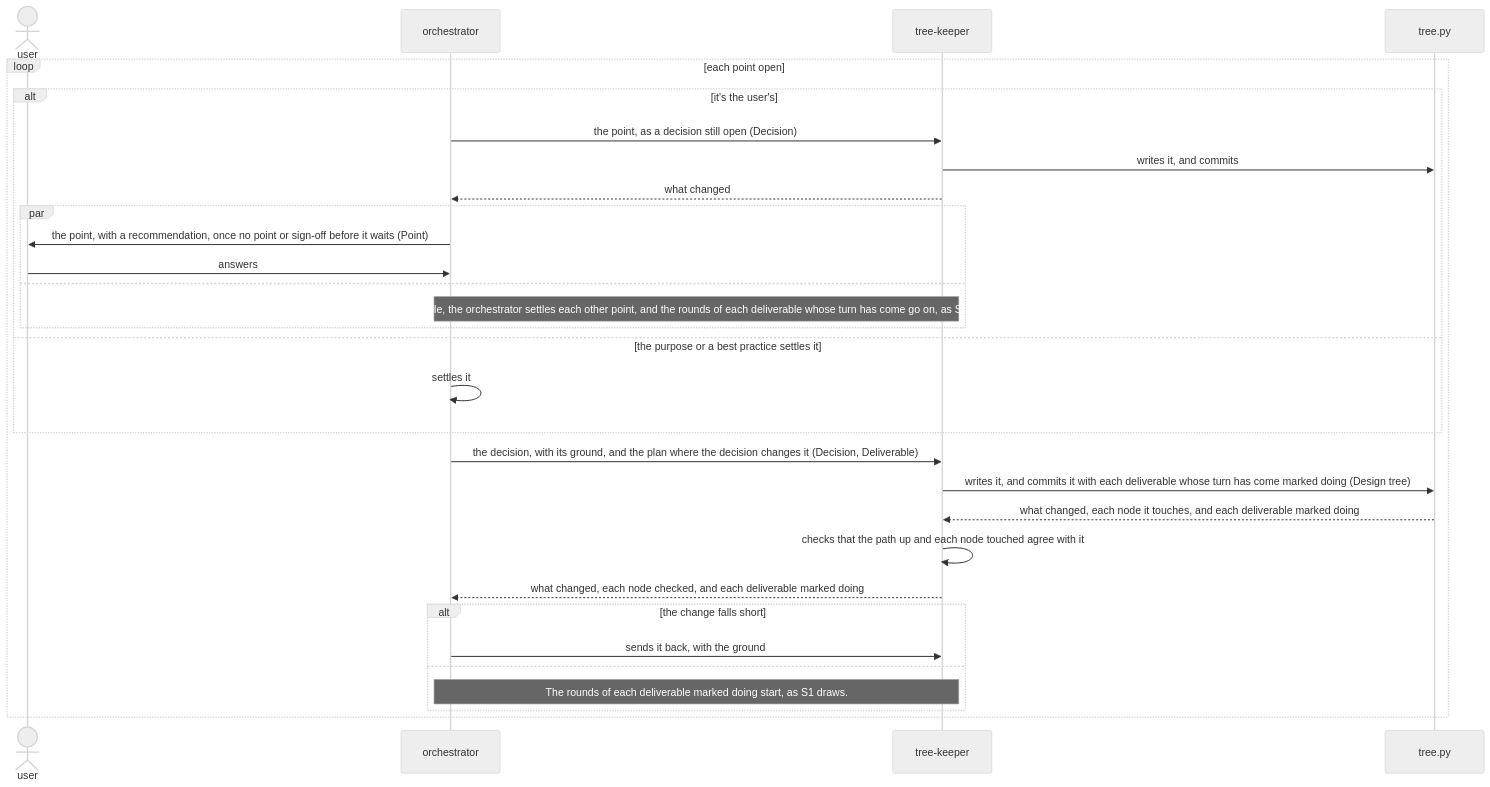
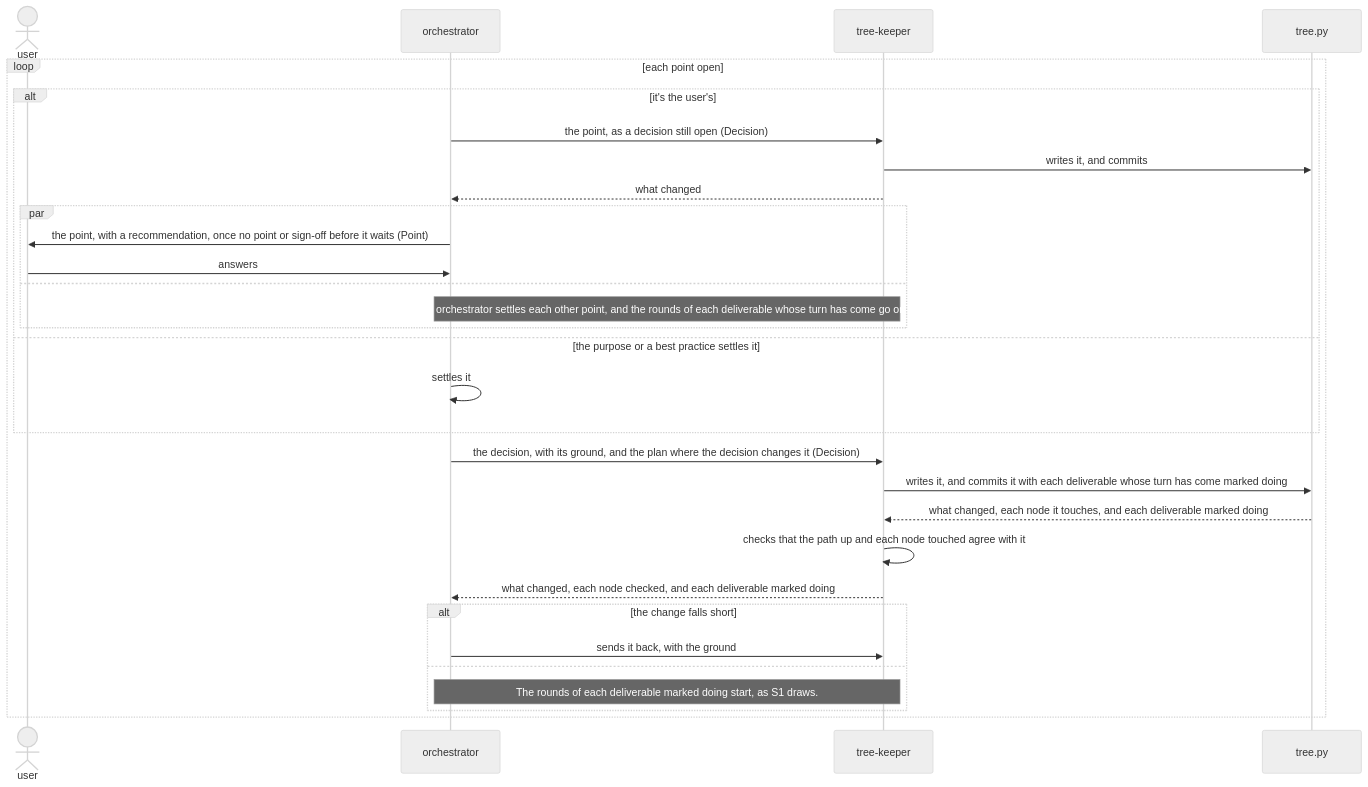
The second of 6 diagrams in dev/rn/architecture.md (lovaizu/ccpm), drawn with Mermaid (neutral theme) before and after one commit. The commit also changed other lines of this file and 2 other files, not shown here.

First line of the commit message:
rn architecture: holds only what rn's developers can't build fitting parts without, taking out today's choices, data entry, relations, and labels that they reach their goal without

````diff
--- a/dev/rn/architecture.md
+++ b/dev/rn/architecture.md
@@ -351,32 +329,32 @@
 ```mermaid
 sequenceDiagram
   actor U as user
   participant O as orchestrator
   participant K as tree-keeper
   participant T as tree.py
   loop each point open
     alt it's the user's
       O->>K: the point, as a decision still open (Decision)
       K->>T: writes it, and commits
       K-->>O: what changed
       par
         O->>U: the point, with a recommendation, once no point or sign-off before it waits (Point)
         U->>O: answers
       and
         Note over O,K: Meanwhile, the orchestrator settles each other point, and the rounds of each deliverable whose turn has come go on, as S1 draws.
       end
     else the purpose or a best practice settles it
       O->>O: settles it
     end
-    O->>K: the decision, with its ground, and the plan where the decision changes it (Decision, Deliverable)
-    K->>T: writes it, and commits it with each deliverable whose turn has come marked doing (Design tree)
+    O->>K: the decision, with its ground, and the plan where the decision changes it (Decision)
+    K->>T: writes it, and commits it with each deliverable whose turn has come marked doing
     T-->>K: what changed, each node it touches, and each deliverable marked doing
     K->>K: checks that the path up and each node touched agree with it
     K-->>O: what changed, each node checked, and each deliverable marked doing
     alt the change falls short
       O->>K: sends it back, with the ground
     else
       Note over O,K: The rounds of each deliverable marked doing start, as S1 draws.
     end
   end
 ```
````
